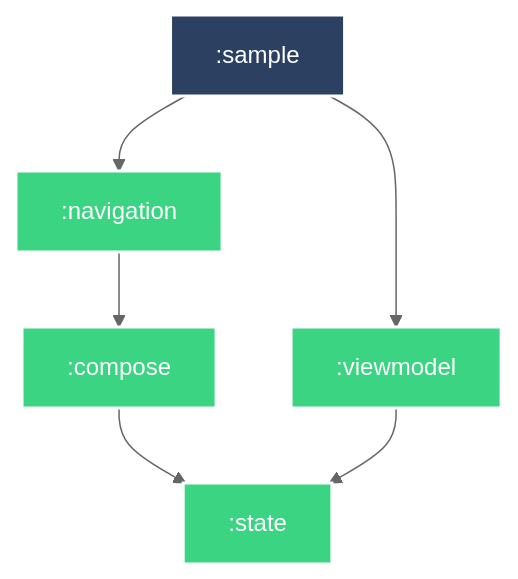
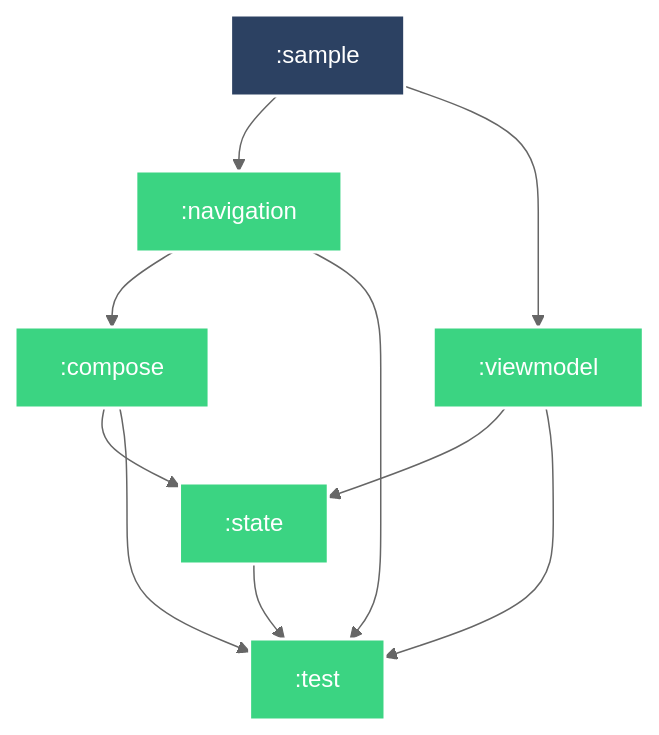
Before and after one commit to JustBurrow/android-ui: the diagram in README.md, drawn with Mermaid.

Commit message:
📝 모듈 그래프 업데이트.

````diff
--- a/README.md
+++ b/README.md
@@ -11,23 +11,28 @@
 ```mermaid
 %%{
   init: {
     'theme': 'neutral'
   }
 }%%
 
 graph TB
+  :state --> :test
   :compose --> :state
+  :compose --> :test
   :navigation --> :compose
+  :navigation --> :test
   :sample --> :navigation
   :sample --> :viewmodel
   :viewmodel --> :state
+  :viewmodel --> :test
 
 classDef android-library fill:#3BD482,stroke:#fff,stroke-width:2px,color:#fff;
 classDef android-application fill:#2C4162,stroke:#fff,stroke-width:2px,color:#fff;
+class :state android-library
+class :test android-library
 class :compose android-library
-class :state android-library
 class :navigation android-library
 class :sample android-application
 class :viewmodel android-library
 
 ```
````
